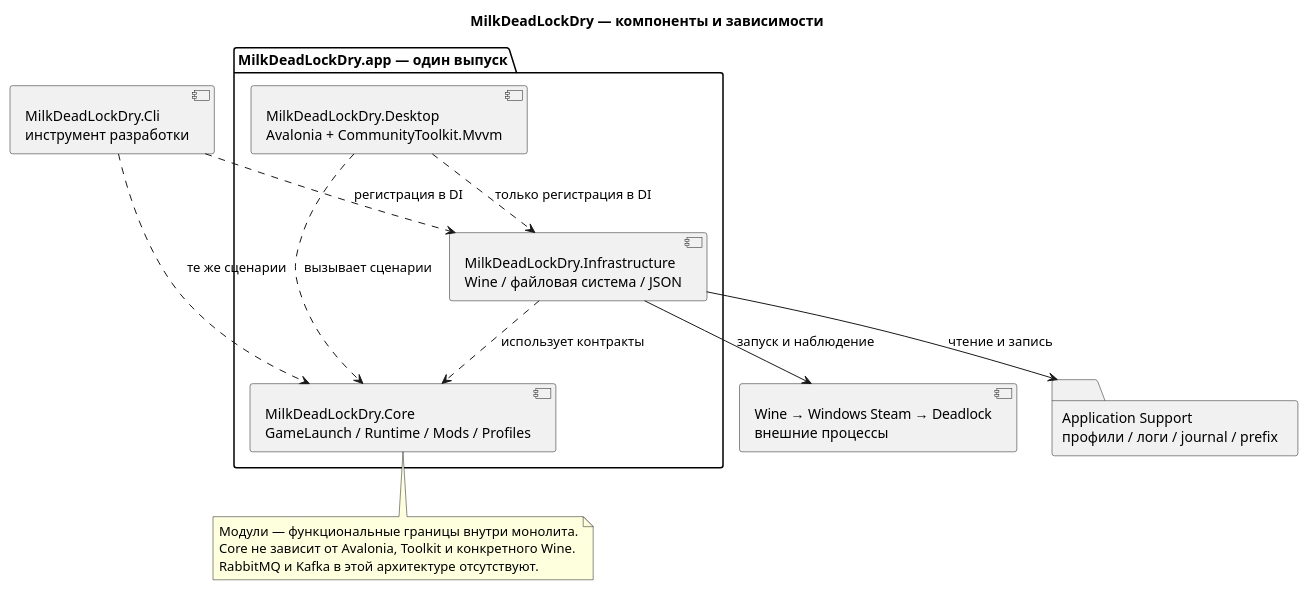
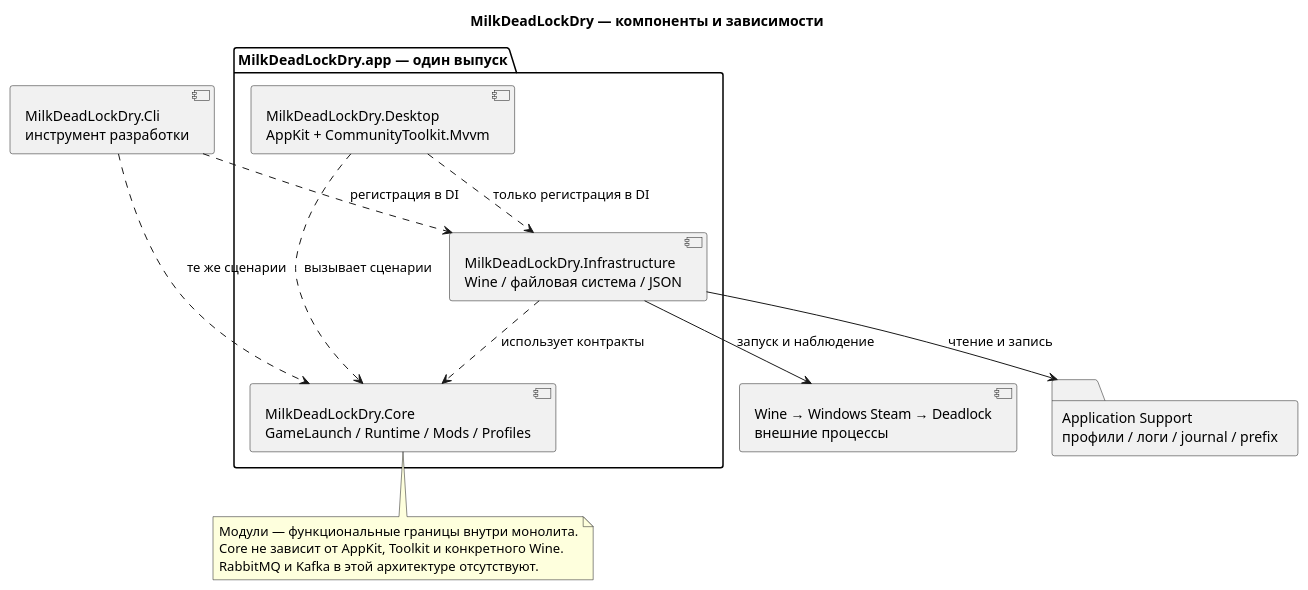
Before and after one commit to F3T1W/MilkDeadLockDry: the first of 3 diagrams in docs/architecture.puml, drawn with PlantUML. The commit also changed other lines of this file and 17 other files, not shown here.

Commit message:
feat: Transitioned to AppKit

```diff
--- a/docs/architecture.puml
+++ b/docs/architecture.puml
@@ -1,24 +1,24 @@
 @startuml components
 title MilkDeadLockDry — компоненты и зависимости
 skinparam shadowing false
 package "MilkDeadLockDry.app — один выпуск" {
-  component "MilkDeadLockDry.Desktop\nAvalonia + CommunityToolkit.Mvvm" as Desktop
+  component "MilkDeadLockDry.Desktop\nAppKit + CommunityToolkit.Mvvm" as Desktop
   component "MilkDeadLockDry.Core\nGameLaunch / Runtime / Mods / Profiles" as Core
   component "MilkDeadLockDry.Infrastructure\nWine / файловая система / JSON" as Infrastructure
   Desktop ..> Core : вызывает сценарии
   Infrastructure ..> Core : использует контракты
   Desktop ..> Infrastructure : только регистрация в DI
 }
 component "MilkDeadLockDry.Cli\nинструмент разработки" as Cli
 component "Wine → Windows Steam → Deadlock\nвнешние процессы" as Game
 folder "Application Support\nпрофили / логи / journal / prefix" as Files
 Cli ..> Core : те же сценарии
 Cli ..> Infrastructure : регистрация в DI
 Infrastructure --> Game : запуск и наблюдение
 Infrastructure --> Files : чтение и запись
 note bottom of Core
   Модули — функциональные границы внутри монолита.
-  Core не зависит от Avalonia, Toolkit и конкретного Wine.
+  Core не зависит от AppKit, Toolkit и конкретного Wine.
   RabbitMQ и Kafka в этой архитектуре отсутствуют.
 end note
 @enduml
```
